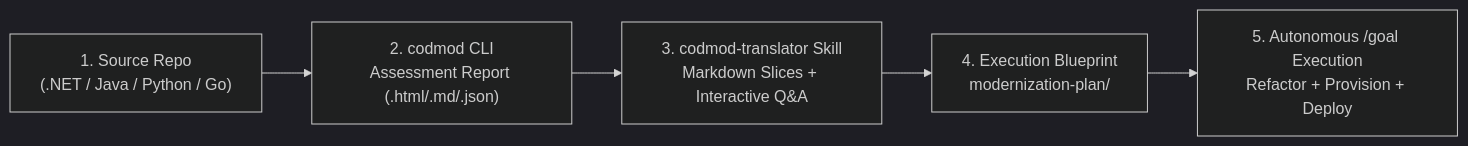
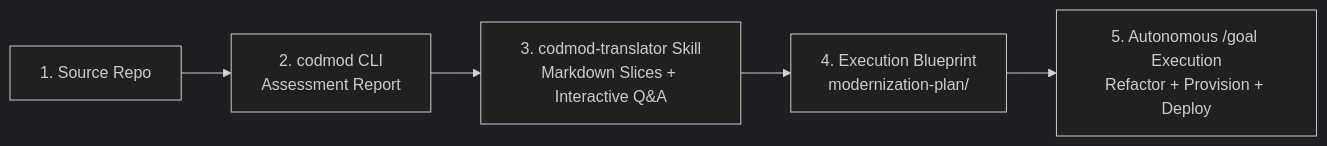
The diagram in README.md (frankiejgit/skills), drawn with Mermaid (dark theme) before and after one commit. The commit also changed other lines of this file and 3 other files, not shown here.

````diff
--- a/README.md
+++ b/README.md
@@ -60,7 +60,7 @@
 ```mermaid
 flowchart LR
-    A["1. Source Repo\n(.NET / Java / Python / Go)"] --> B["2. codmod CLI\nAssessment Report (.html/.md/.json)"]
+    A["1. Source Repo"] --> B["2. codmod CLI\nAssessment Report"]
     B --> C["3. codmod-translator Skill\nMarkdown Slices + Interactive Q&A"]
     C --> D["4. Execution Blueprint\nmodernization-plan/"]
     D --> E["5. Autonomous /goal Execution\nRefactor + Provision + Deploy"]
 ```
````
